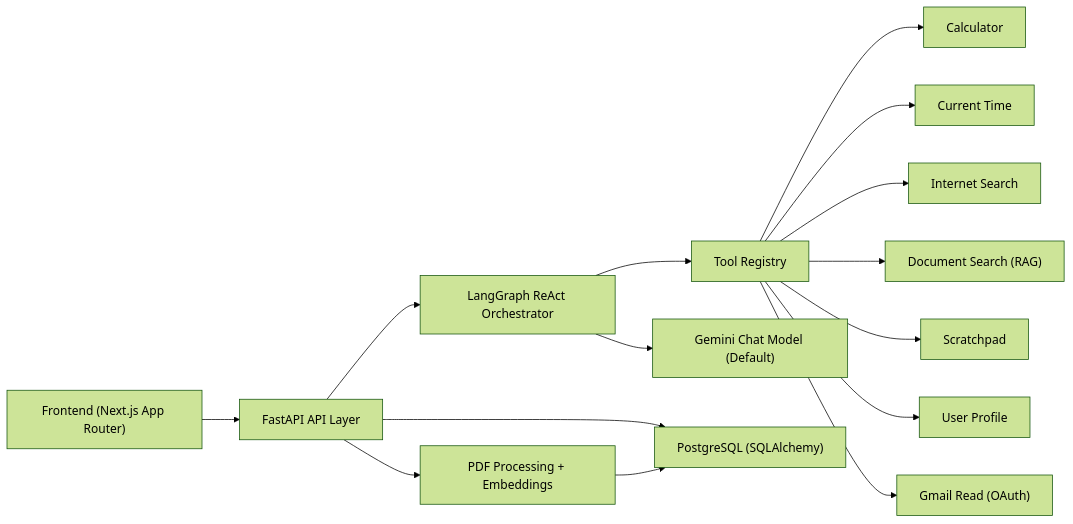
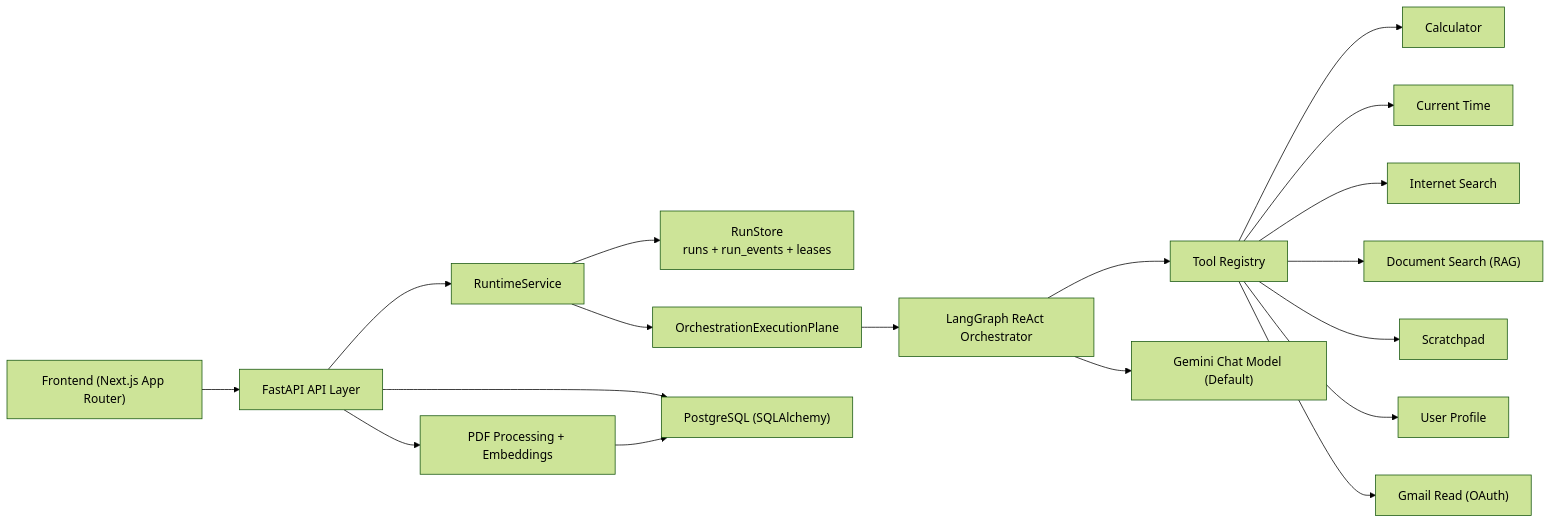
The diagram in README.md (gtpooniwala/personal-agent), drawn with Mermaid (forest theme) before and after one commit. The commit also changed other lines of this file and 17 other files, not shown here.

First line of the commit message:
docs: refresh planning and architecture guidance (#118)

````diff
--- a/README.md
+++ b/README.md
@@ -18,19 +18,22 @@
 ```mermaid
 flowchart LR
     UI["Frontend (Next.js App Router)"] --> API["FastAPI API Layer"]
-    API --> ORCH["LangGraph ReAct Orchestrator"]
+    API --> RT["RuntimeService"]
+    RT --> STORE["RunStore<br/>runs + run_events + leases"]
+    RT --> PLANE["OrchestrationExecutionPlane"]
+    PLANE --> ORCH["LangGraph ReAct Orchestrator"]
     ORCH --> REG["Tool Registry"]
     ORCH --> LLM["Gemini Chat Model (Default)"]
 
     REG --> CALC["Calculator"]
     REG --> TIME["Current Time"]
     REG --> SEARCH["Internet Search"]
     REG --> DOCS["Document Search (RAG)"]
     REG --> PAD["Scratchpad"]
     REG --> PROFILE["User Profile"]
     REG --> GMAIL["Gmail Read (OAuth)"]
 
     API --> DB["PostgreSQL (SQLAlchemy)"]
     API --> DOCPROC["PDF Processing + Embeddings"]
     DOCPROC --> DB
 ```
````
